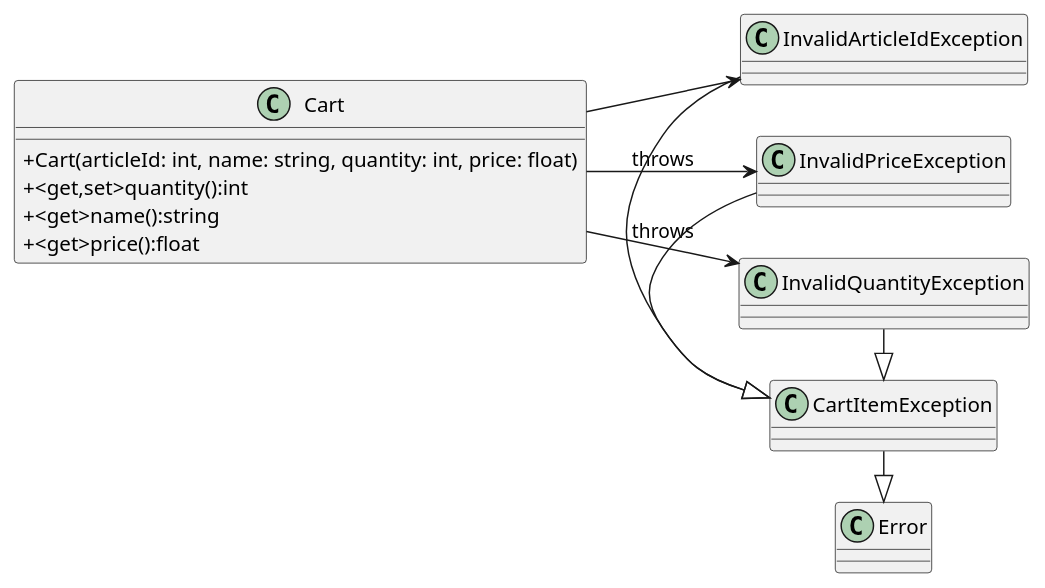
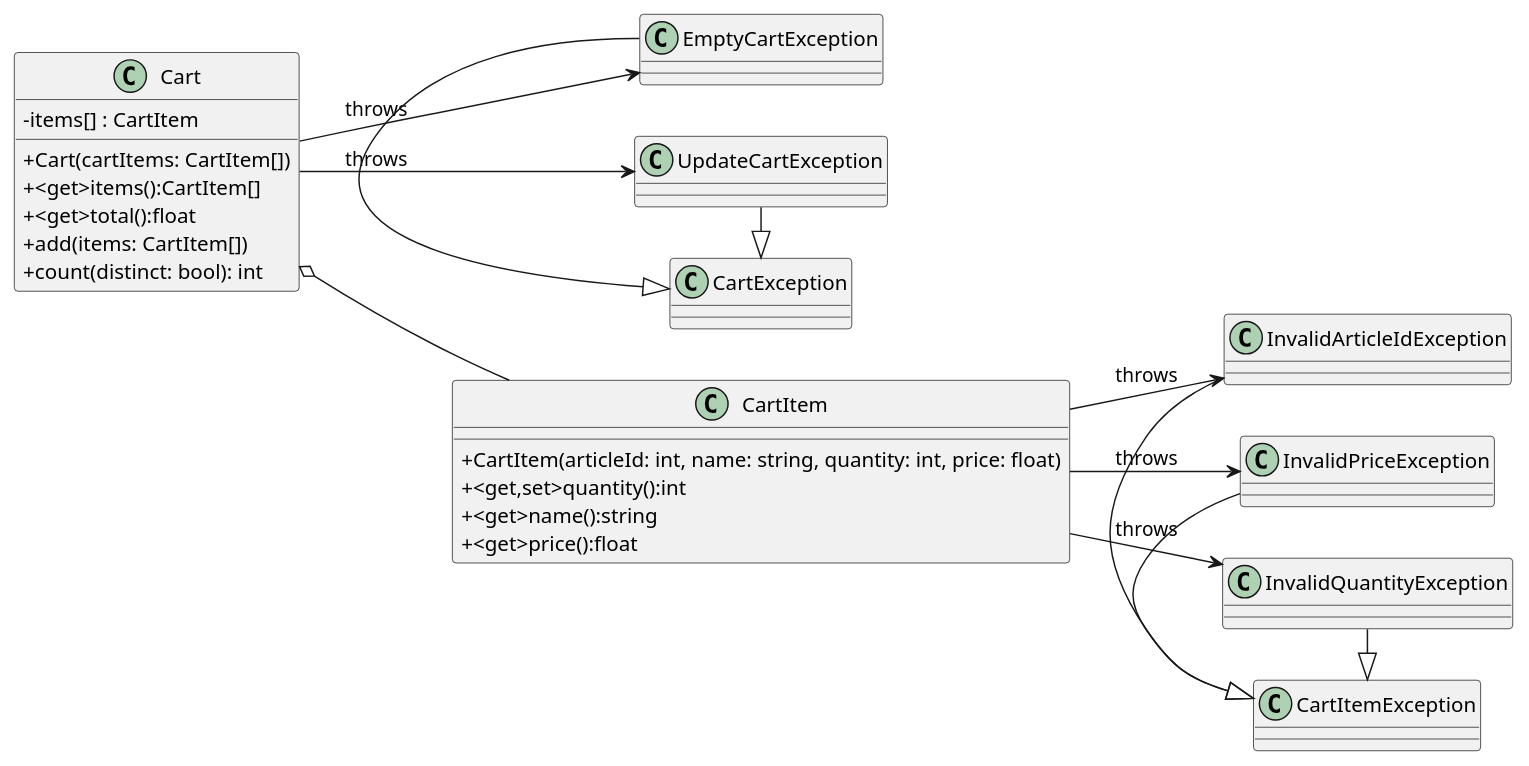
One commit to CPNV-ES/gaubert-Shopping changed the diagram in docs/class-diagram.puml. Above: the diagram before and after it, drawn with PlantUML. The commit also changed 1 other file, not shown here.

Commit message:
docs: update class diagram

```diff
--- a/docs/class-diagram.puml
+++ b/docs/class-diagram.puml
@@ -1,31 +1,46 @@
 @startuml
 
 left to right direction
 skinparam classAttributeIconSize 0
 
 'Classes declaration
 class Cart{
-   +Cart(articleId: int, name: string, quantity: int, price: float)
+   -items[] : CartItem
+   +Cart(cartItems: CartItem[])
+   +<get>items():CartItem[]
+   +<get>total():float
+   +add(items: CartItem[])
+   +count(distinct: bool): int
+}
+
+class CartItem{
+   +CartItem(articleId: int, name: string, quantity: int, price: float)
    +<get,set>quantity():int
    +<get>name():string
    +<get>price():float
 }
 
-class Error{}
+class EmptyCartException{}
+class UpdateCartException{}
+class CartException{}
 class CartItemException{}
 class InvalidArticleIdException{}
 class InvalidQuantityException{}
 class InvalidPriceException{}
 
 'Relations
-Cart --> InvalidArticleIdException
-Cart --> InvalidQuantityException : throws
-Cart --> InvalidPriceException : throws
+Cart o-- CartItem
+Cart --> EmptyCartException : throws
+Cart --> UpdateCartException : throws
+CartItem --> InvalidArticleIdException : throws
+CartItem --> InvalidQuantityException : throws
+CartItem --> InvalidPriceException : throws
 
 'Exception inheritance
 InvalidArticleIdException -|> CartItemException
 InvalidPriceException -|> CartItemException
 InvalidQuantityException -|> CartItemException
-CartItemException -|> Error
+EmptyCartException -|> CartException
+UpdateCartException -|> CartException
 
 @enduml
```
